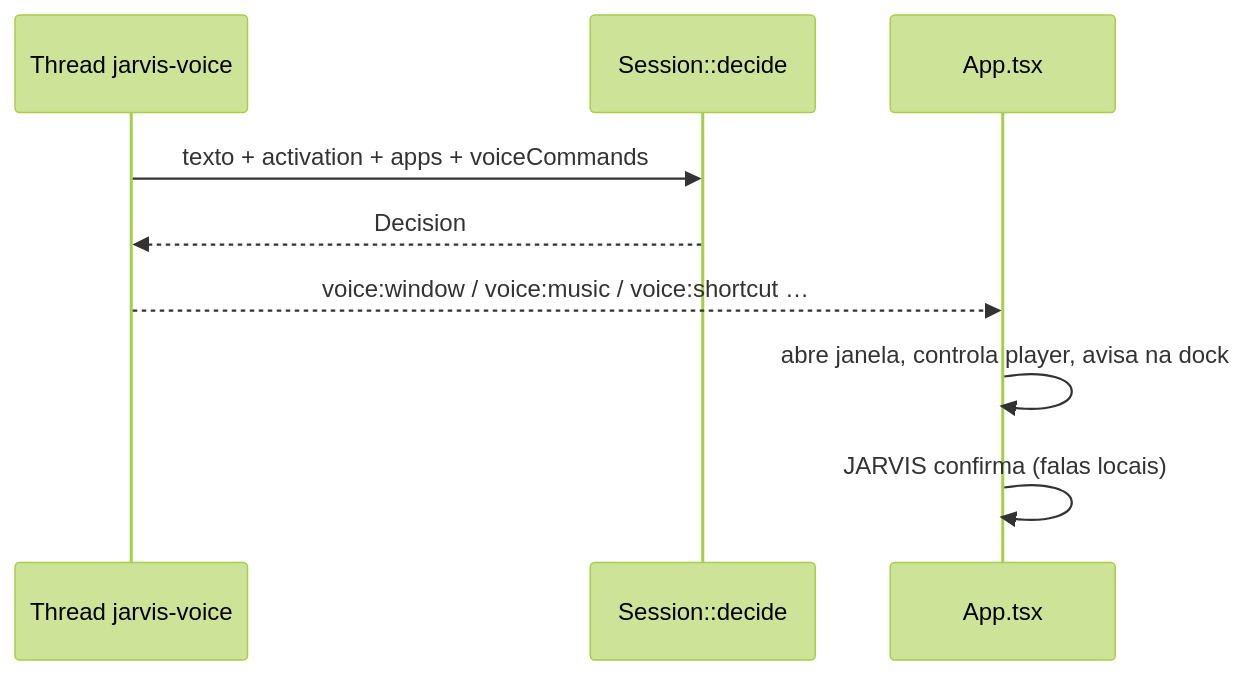
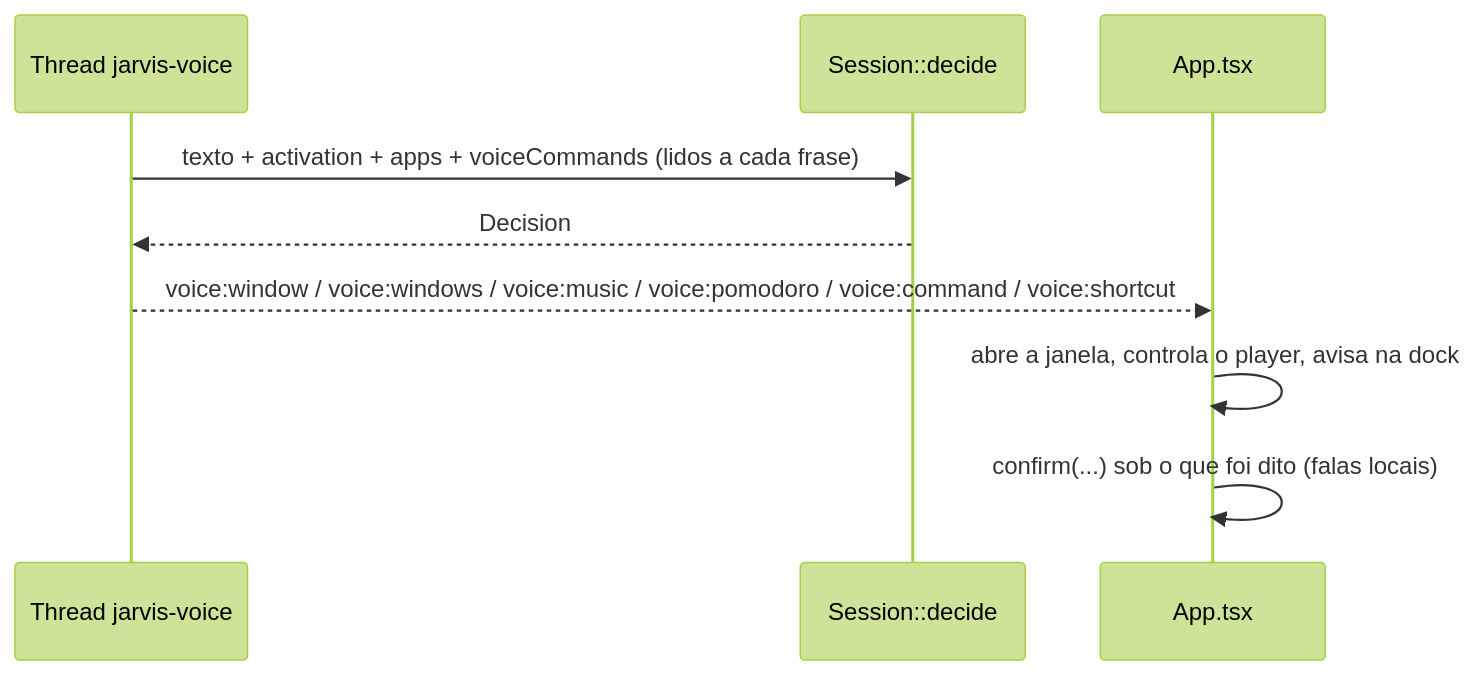
The diagram in .specs/features/voice-commands/spec.md (felipeAguiarCode/jvOS), drawn with Mermaid (forest theme) before and after one commit. The commit also changed other lines of this file and 90 other files, not shown here.

````diff
--- a/.specs/features/voice-commands/spec.md
+++ b/.specs/features/voice-commands/spec.md
@@ -258,11 +385,11 @@
 ```mermaid
 sequenceDiagram
   participant R as Thread jarvis-voice
   participant M as Session::decide
   participant UI as App.tsx
-  R->>M: texto + activation + apps + voiceCommands
+  R->>M: texto + activation + apps + voiceCommands (lidos a cada frase)
   M-->>R: Decision
-  R-->>UI: voice:window / voice:music / voice:shortcut …
-  UI->>UI: abre janela, controla player, avisa na dock
-  UI->>UI: JARVIS confirma (falas locais)
+  R-->>UI: voice:window / voice:windows / voice:music / voice:pomodoro / voice:command / voice:shortcut
+  UI->>UI: abre a janela, controla o player, avisa na dock
+  UI->>UI: confirm(...) sob o que foi dito (falas locais)
 ```
````
